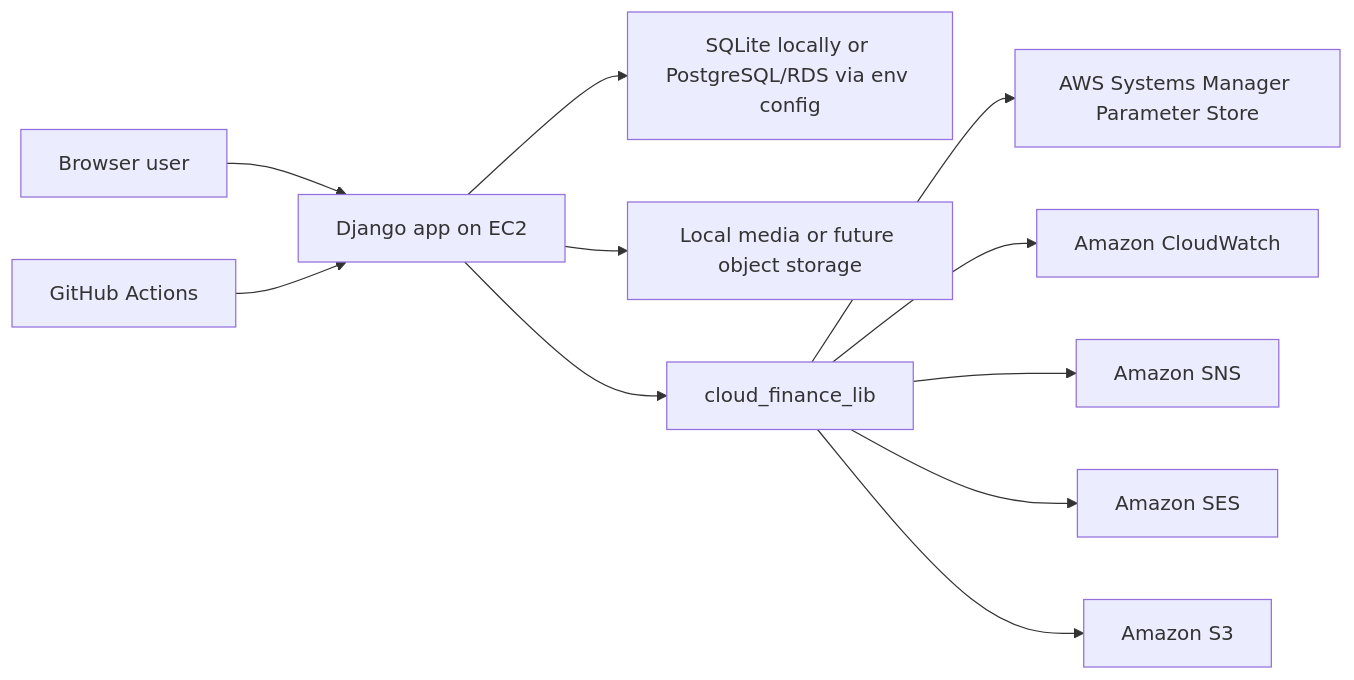
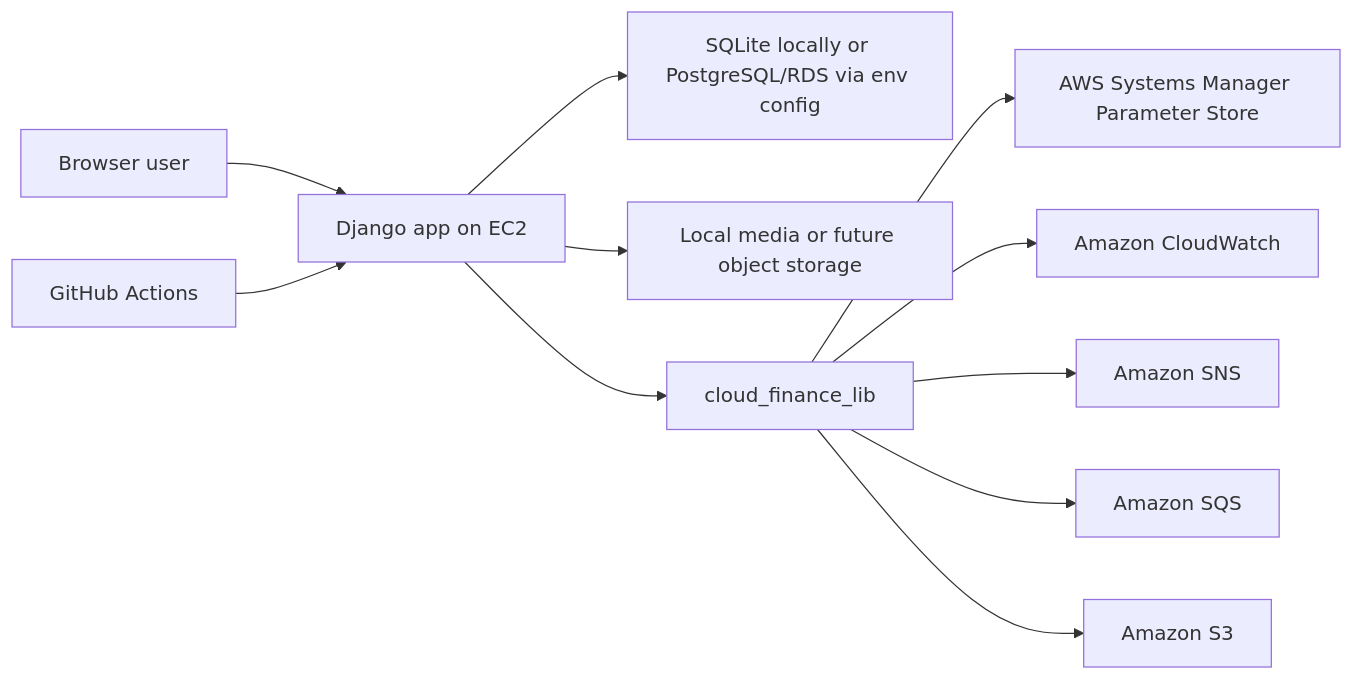
The diagram in docs/architecture.md (Pillasaivenkateshkumar/pfm-financial-system), drawn with Mermaid before and after one commit. The commit also changed other lines of this file and 6 other files, not shown here.

````diff
--- a/docs/architecture.md
+++ b/docs/architecture.md
@@ -4,13 +4,13 @@
 ```mermaid
 flowchart LR
     User["Browser user"] --> App["Django app on EC2"]
     App --> DB["SQLite locally or PostgreSQL/RDS via env config"]
     App --> Media["Local media or future object storage"]
     App --> Lib["cloud_finance_lib"]
     Lib --> SSM["AWS Systems Manager Parameter Store"]
     Lib --> CW["Amazon CloudWatch"]
     Lib --> SNS["Amazon SNS"]
-    Lib --> SES["Amazon SES"]
+    Lib --> SQS["Amazon SQS"]
     Lib --> S3["Amazon S3"]
     GitHub["GitHub Actions"] --> App
 ```
````
